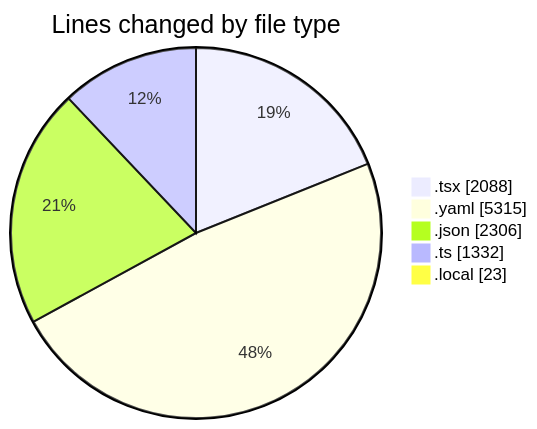
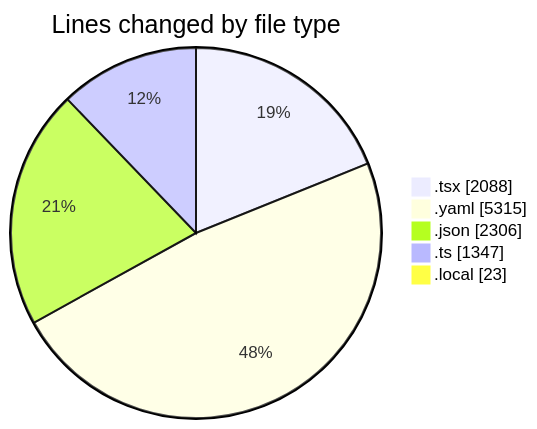
Before and after one commit to julien-gomy/code-tracking: the first of 2 diagrams in 2025-11-07/eventscop-frontend-guide__workspace_/README.md, drawn with Mermaid. The commit also changed other lines of this file and 1 other file, not shown here.

````diff
--- a/2025-11-07/eventscop-frontend-guide__workspace_/README.md
+++ b/2025-11-07/eventscop-frontend-guide__workspace_/README.md
@@ -50,9 +50,9 @@
 ```mermaid
 pie showData
 title Lines changed by file type
 ".tsx" : 2088
 ".yaml" : 5315
 ".json" : 2306
-".ts" : 1332
+".ts" : 1347
 ".local" : 23
 ```
````
